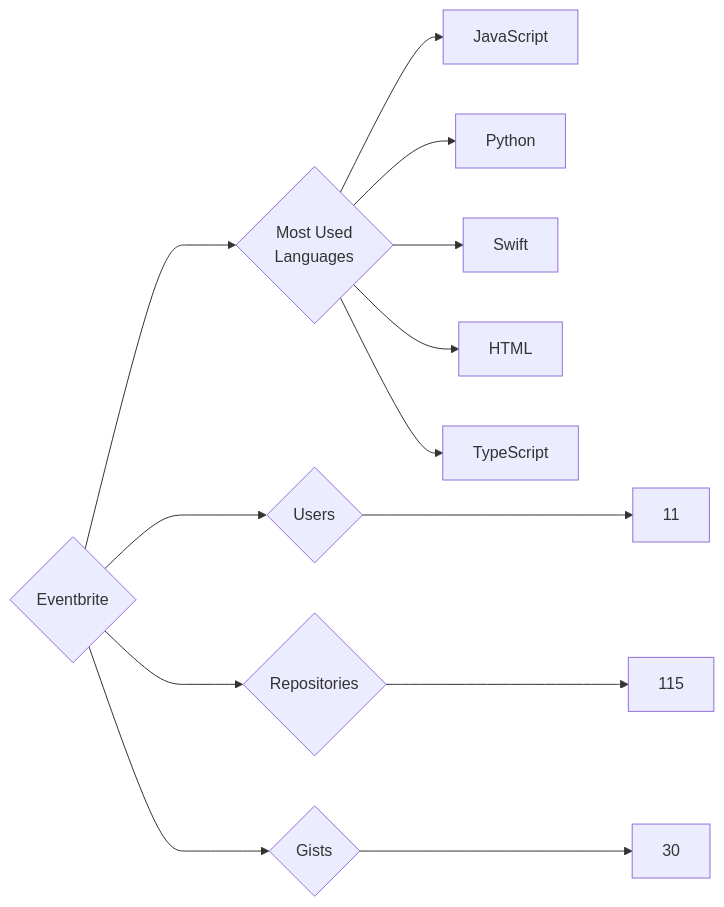
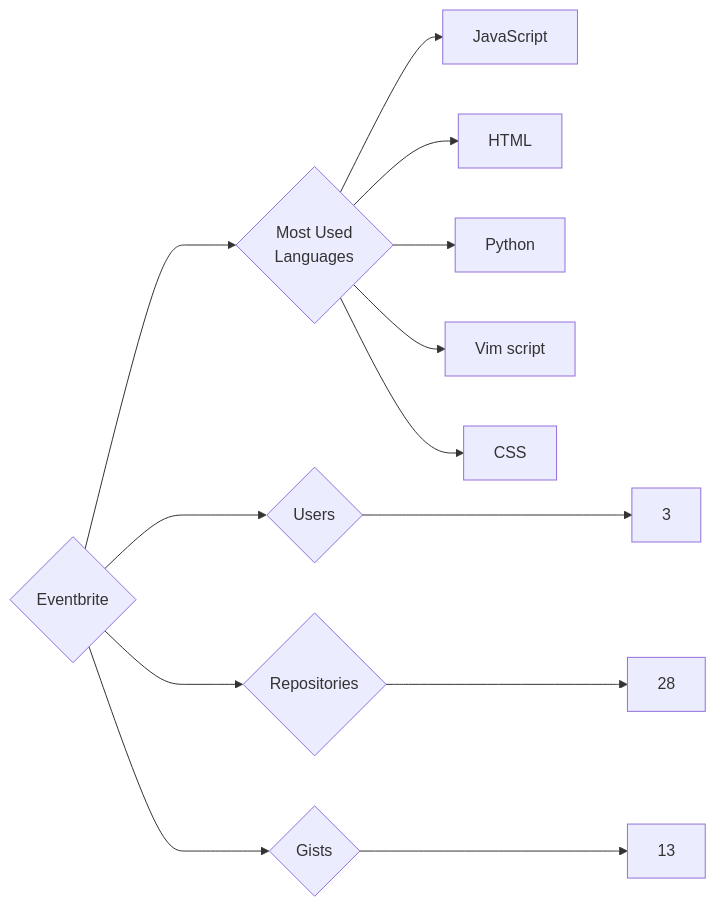
Before and after one commit to trickest/insiders: the diagram in targets/Eventbrite/README.md, drawn with Mermaid. The commit also changed 610 other files, not shown here.

````diff
--- a/targets/Eventbrite/README.md
+++ b/targets/Eventbrite/README.md
@@ -3,13 +3,13 @@
 ```mermaid
 graph LR
 COMPANY_NAME{Eventbrite}
-COMPANY_NAME ---> U{Users} ---> UN[11]
-COMPANY_NAME ---> R{Repositories} ---> RN[115]
-COMPANY_NAME ---> G{Gists} ---> GN[30]
+COMPANY_NAME ---> U{Users} ---> UN[3]
+COMPANY_NAME ---> R{Repositories} ---> RN[28]
+COMPANY_NAME ---> G{Gists} ---> GN[13]
 COMPANY_NAME ---> ML{Most Used<br>Languages}
 ML --> JavaScript[JavaScript]
+ML --> HTML[HTML]
 ML --> Python[Python]
-ML --> Swift[Swift]
-ML --> HTML[HTML]
-ML --> TypeScript[TypeScript]
+ML --> Vim_script[Vim script]
+ML --> CSS[CSS]
 ```
````
